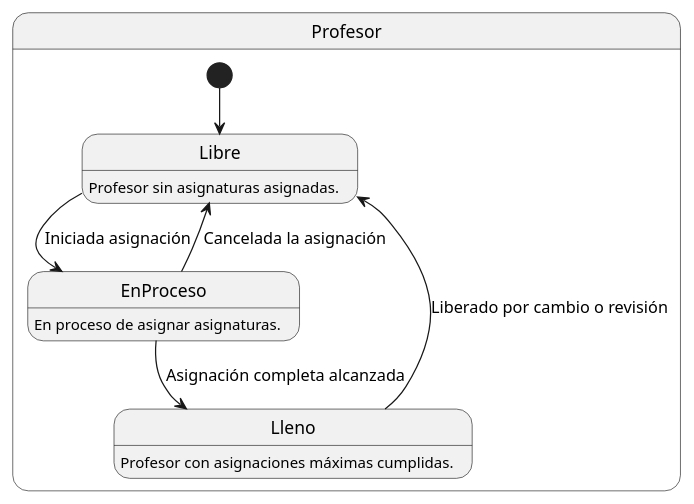
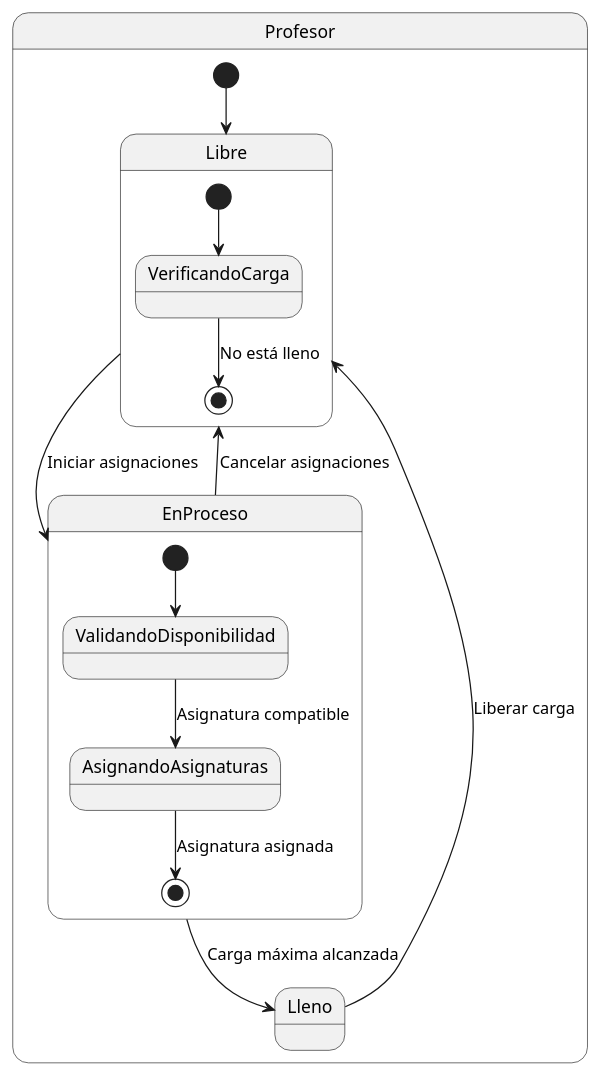
The diagram in modelosUML/MdD/DiagramaEstadosProfesor.puml (mmasias/24-25-IdSw1-SDR), drawn with PlantUML before and after one commit. The commit also changed 8 other files, not shown here.

Commit message:
Actualizar diagramas de estados y casos de uso en la documentación

```diff
--- a/modelosUML/MdD/DiagramaEstadosProfesor.puml
+++ b/modelosUML/MdD/DiagramaEstadosProfesor.puml
@@ -1,15 +1,21 @@
 @startuml
-state "Profesor" as Profesor {
+state Profesor {
     [*] --> Libre
-    Libre : Profesor sin asignaturas asignadas.
 
-    Libre --> EnProceso : Iniciada asignación
-    EnProceso : En proceso de asignar asignaturas.
+    state Libre {
+        [*] --> VerificandoCarga
+        VerificandoCarga --> [*]: No está lleno
+    }
 
-    EnProceso --> Lleno : Asignación completa alcanzada
-    Lleno : Profesor con asignaciones máximas cumplidas.
+    state EnProceso {
+        [*] --> ValidandoDisponibilidad
+        ValidandoDisponibilidad --> AsignandoAsignaturas: Asignatura compatible
+        AsignandoAsignaturas --> [*]: Asignatura asignada
+    }
 
-    Lleno --> Libre : Liberado por cambio o revisión
-    EnProceso --> Libre : Cancelada la asignación
+    Libre --> EnProceso: Iniciar asignaciones
+    EnProceso --> Lleno: Carga máxima alcanzada
+    Lleno --> Libre: Liberar carga
+    EnProceso --> Libre: Cancelar asignaciones
 }
 @enduml
```
